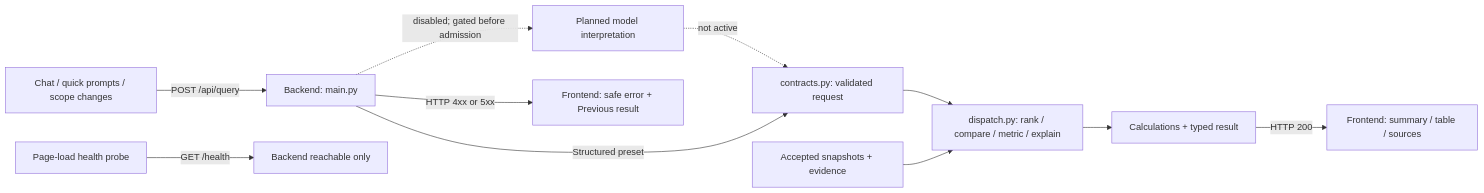
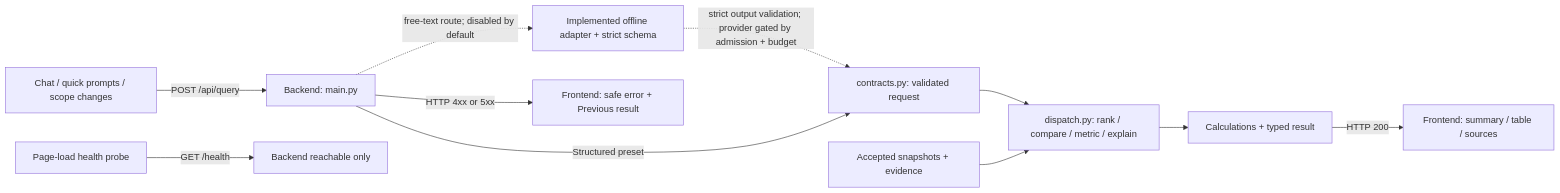
Before and after one commit to Bar-Bettash/deloitte-home-assignment: the diagram in README.md, drawn with Mermaid. The commit also changed other lines of this file and 5 other files, not shown here.

````diff
--- a/README.md
+++ b/README.md
@@ -29,13 +29,13 @@
 ```mermaid
 flowchart LR
     Chat["Chat / quick prompts / scope changes"] -->|"POST /api/query"| Query["Backend: main.py"]
-    Query -.->|"disabled; gated before admission"| Model["Planned model interpretation"]
-    Model -.->|"not active"| Validate["contracts.py: validated request"]
+    Query -.->|"free-text route; disabled by default"| Model["Implemented offline adapter + strict schema"]
+    Model -.->|"strict output validation; provider gated by admission + budget"| Validate["contracts.py: validated request"]
     Query -->|"Structured preset"| Validate
     Validate --> Dispatch["dispatch.py: rank / compare / metric / explain"]
     Data["Accepted snapshots + evidence"] --> Dispatch
     Dispatch --> Result["Calculations + typed result"]
     Result -->|"HTTP 200"| Screen["Frontend: summary / table / sources"]
     Query -->|"HTTP 4xx or 5xx"| Error["Frontend: safe error + Previous result"]
     Page["Page-load health probe"] -->|"GET /health"| Health["Backend reachable only"]
 ```
````
